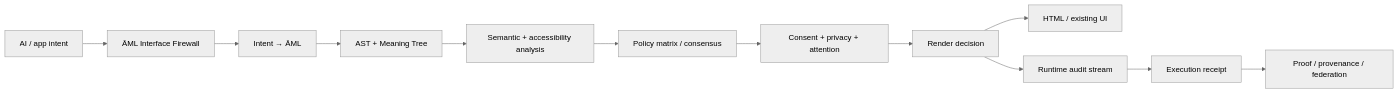
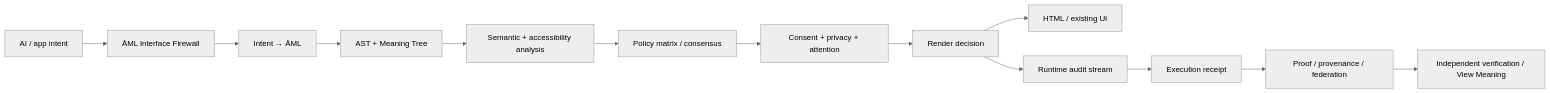
Before and after one commit to aruintelligence/aml-core: the diagram in README.md, drawn with Mermaid (neutral theme). The commit also changed other lines of this file, not shown here.

````diff
--- a/README.md
+++ b/README.md
@@ -255,14 +275,15 @@
 ```mermaid
 flowchart LR
     A[AI / app intent] --> B[ĀML Interface Firewall]
     B --> C[Intent → ĀML]
     C --> D[AST + Meaning Tree]
     D --> E[Semantic + accessibility analysis]
     E --> F[Policy matrix / consensus]
     F --> G[Consent + privacy + attention]
     G --> H[Render decision]
     H --> I[HTML / existing UI]
     H --> J[Runtime audit stream]
     J --> K[Execution receipt]
     K --> L[Proof / provenance / federation]
+    L --> M[Independent verification / View Meaning]
 ```
````
